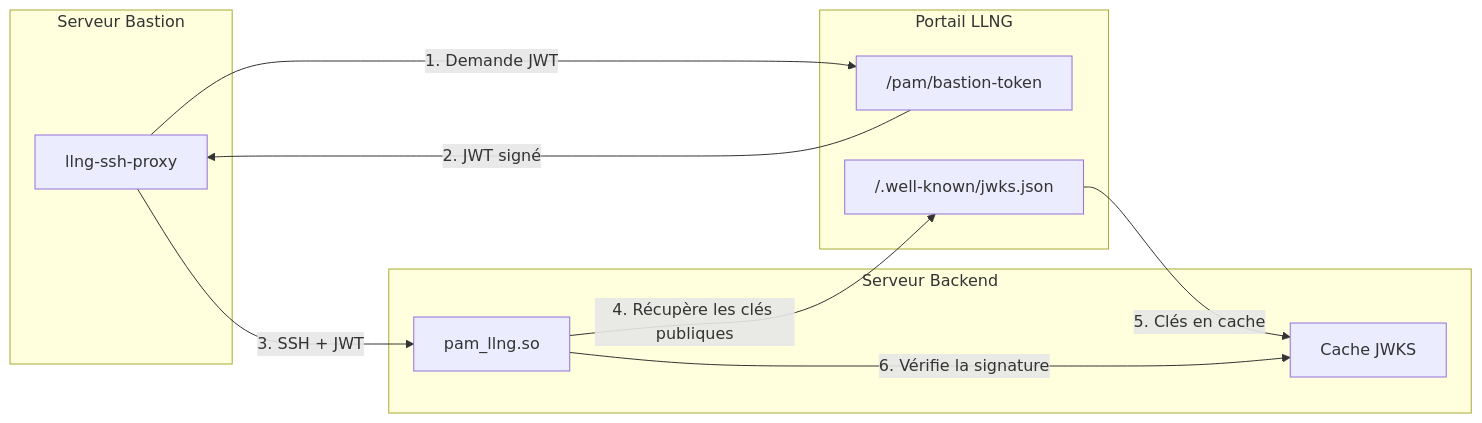
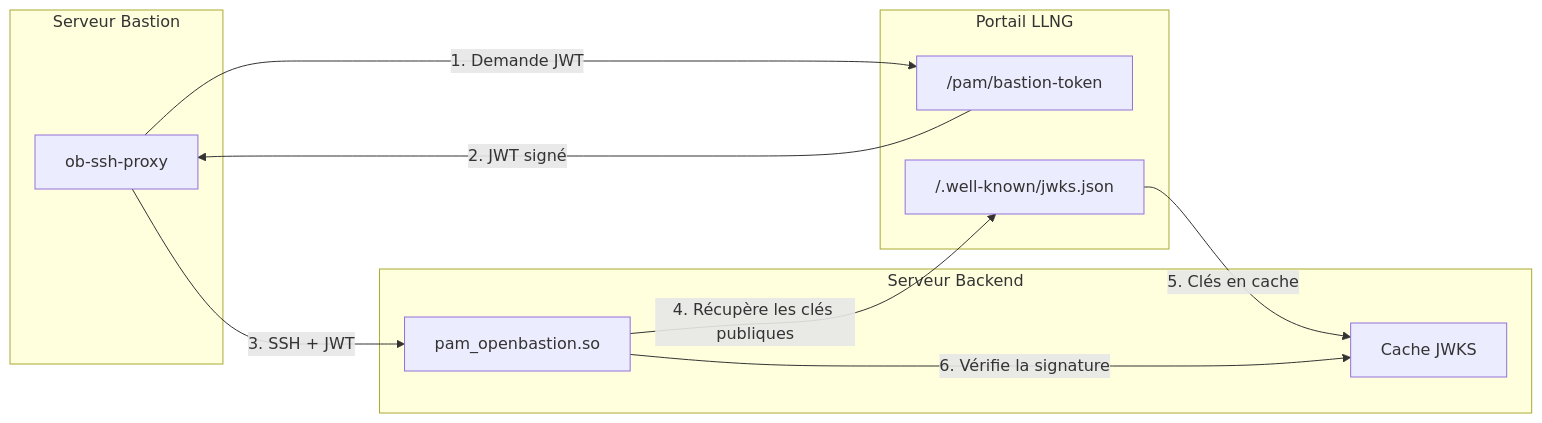
One commit to linagora/open-bastion changed the third of 4 diagrams in doc/security/00-architecture.md. Above: the diagram before and after it, drawn with Mermaid. The commit also changed other lines of this file and 32 other files, not shown here.

````diff
--- a/doc/security/00-architecture.md
+++ b/doc/security/00-architecture.md
@@ -126,23 +126,23 @@
 ```mermaid
 flowchart LR
     subgraph Bastion["Serveur Bastion"]
-        proxy["llng-ssh-proxy"]
+        proxy["ob-ssh-proxy"]
     end
 
     subgraph LLNG["Portail LLNG"]
         bastion_token["/pam/bastion-token"]
         jwks["/.well-known/jwks.json"]
     end
 
     subgraph Backend["Serveur Backend"]
-        pam["pam_llng.so"]
+        pam["pam_openbastion.so"]
         cache["Cache JWKS"]
     end
 
     proxy -->|1. Demande JWT| bastion_token
     bastion_token -->|2. JWT signé| proxy
     proxy -->|3. SSH + JWT| pam
     pam -->|4. Récupère les clés publiques| jwks
     jwks -->|5. Clés en cache| cache
     pam -->|6. Vérifie la signature| cache
 ```
````
